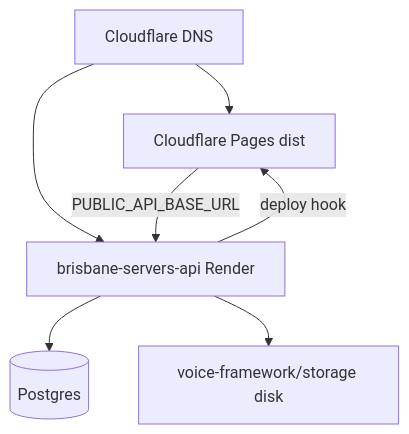
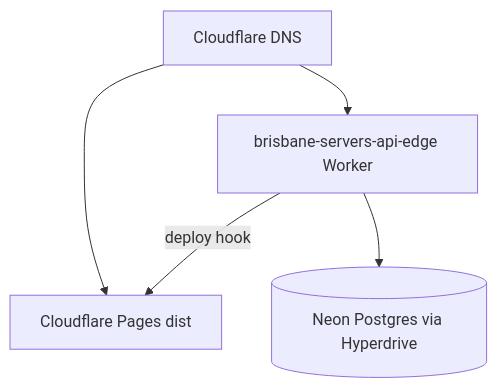
The diagram in docs/operations/GO_LIVE_RUNBOOK.md (BigponsAU/BIGPONS--Brisbane-Servers-Project), drawn with Mermaid before and after one commit. The commit also changed other lines of this file and 10 other files, not shown here.

````diff
--- a/docs/operations/GO_LIVE_RUNBOOK.md
+++ b/docs/operations/GO_LIVE_RUNBOOK.md
@@ -180,15 +176,12 @@
 ```mermaid
 flowchart TB
   CF[Cloudflare Pages dist]
   DNS[Cloudflare DNS]
-  API[brisbane-servers-api Render]
-  PG[(Postgres)]
-  Store[voice-framework/storage disk]
+  API[brisbane-servers-api-edge Worker]
+  PG[(Neon Postgres via Hyperdrive)]
 
   DNS --> CF
   DNS --> API
-  CF -->|PUBLIC_API_BASE_URL| API
   API --> PG
-  API --> Store
   API -->|deploy hook| CF
 ```
````
